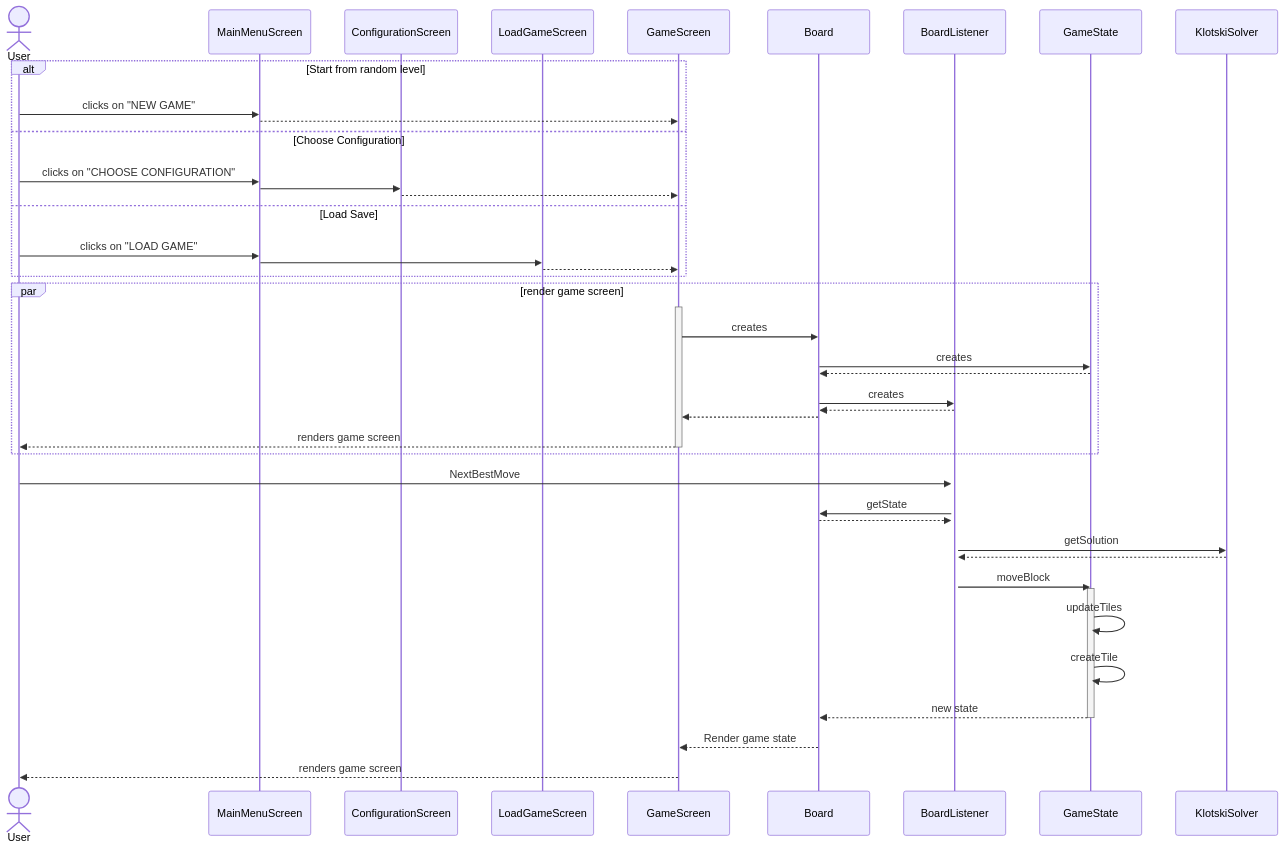
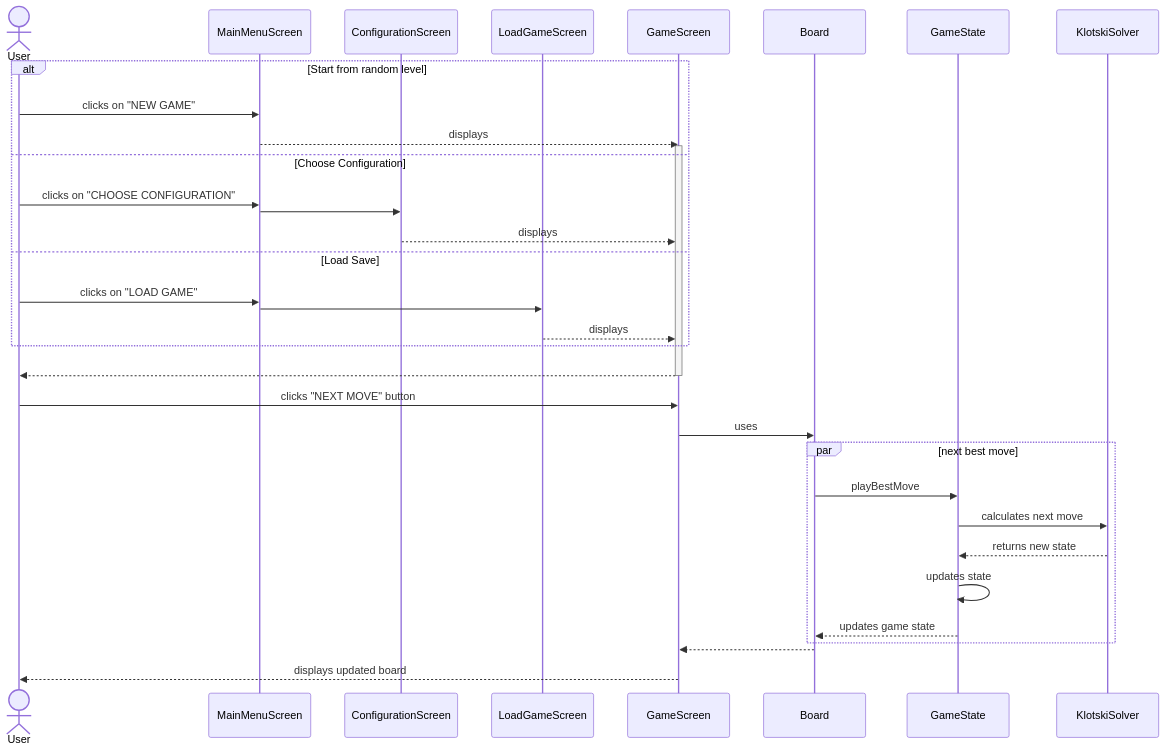
One commit to BIRSAx2/klotski changed diagram 11 of 14 in docs/sequence_diagram/index.md. Above: the diagram before and after it, drawn with Mermaid. The commit also changed other lines of this file, not shown here.

Commit message:
Working on documentation

````diff
--- a/docs/sequence_diagram/index.md
+++ b/docs/sequence_diagram/index.md
@@ -423,58 +423,42 @@
 ```mermaid
 sequenceDiagram
     actor User
     participant MainMenuScreen
     participant ConfigurationScreen
     participant LoadGameScreen
     participant GameScreen
     participant Board
-    participant BoardListener
     participant GameState
     participant KlotskiSolver
 
 
     alt Start from random level 
         User ->> MainMenuScreen: clicks on "NEW GAME"
-        MainMenuScreen -->> GameScreen: 
+        MainMenuScreen -->> GameScreen: displays
+        activate GameScreen
     else Choose Configuration
         User ->> MainMenuScreen: clicks on "CHOOSE CONFIGURATION"
         MainMenuScreen ->> ConfigurationScreen: 
-        ConfigurationScreen -->> GameScreen: 
+        ConfigurationScreen -->> GameScreen: displays
     else Load Save
         User ->> MainMenuScreen: clicks on "LOAD GAME"
         MainMenuScreen ->> LoadGameScreen: 
-        LoadGameScreen -->> GameScreen: 
+        LoadGameScreen -->> GameScreen: displays
     end
 
-    par render game screen
-        activate GameScreen
-        GameScreen ->> Board: creates
-        Board ->> GameState: creates
-        GameState -->> Board: 
-        Board ->> BoardListener: creates
-        BoardListener -->> Board: 
-        Board -->> GameScreen: 
-        GameScreen -->> User: renders game screen
-        deactivate GameScreen
+    GameScreen -->>- User: #32;
+
+    User ->> GameScreen : clicks "NEXT MOVE" button
+    GameScreen ->> Board: uses
+
+    par next best move
+        Board ->> GameState: playBestMove
+        GameState ->> KlotskiSolver:  calculates next move
+        KlotskiSolver -->> GameState: returns new state
+        GameState ->> GameState: updates state
+        GameState -->> Board: updates game state
     end
-    
-    activate BoardListener
 
-
-    User ->> BoardListener : NextBestMove
-    BoardListener ->> Board : getState
-    Board -->> BoardListener: 
-
-    BoardListener ->> KlotskiSolver: getSolution
-    KlotskiSolver -->> BoardListener: 
-
-    BoardListener ->> GameState : moveBlock
-    activate GameState
-    GameState ->> GameState : updateTiles
-    GameState ->> GameState : createTile
-    GameState -->> Board: new state
-    deactivate GameState
-    Board -->> GameScreen: Render game state
-    GameScreen -->> User: renders game screen
-    
+    Board -->> GameScreen: 
+    GameScreen -->> User: displays updated board
 ```
````
